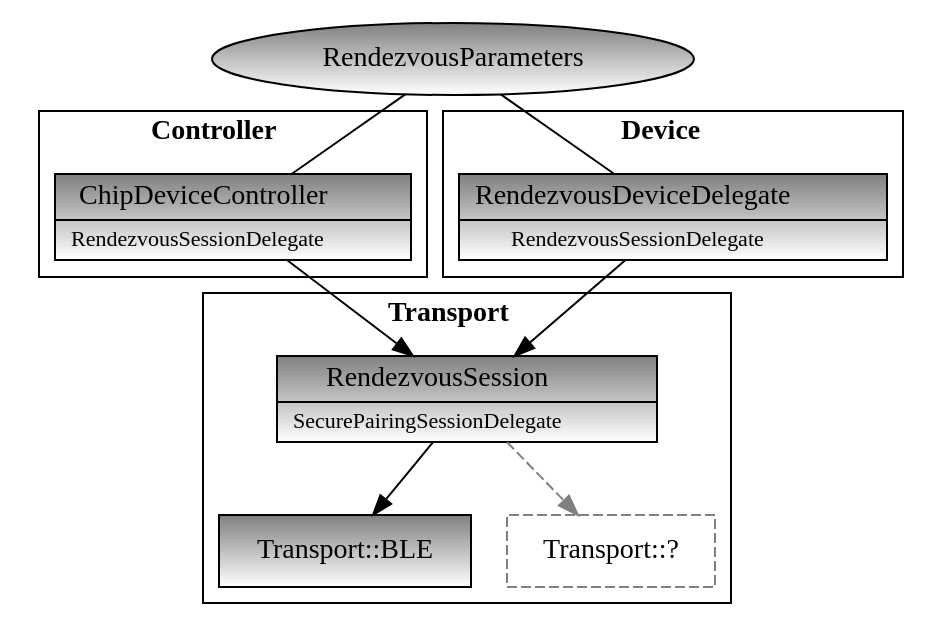
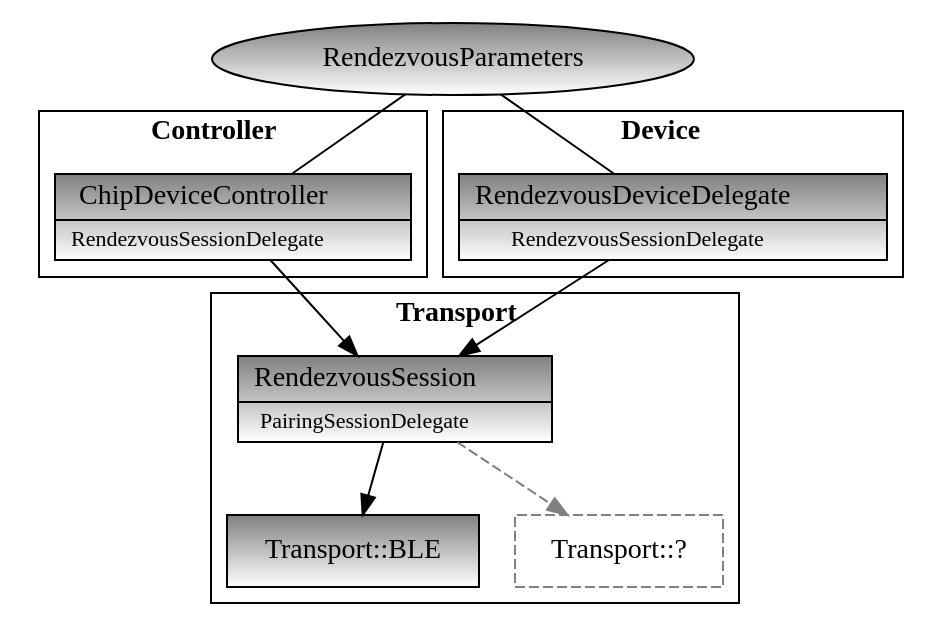
The diagram in docs/dots/Rendezvous/RendezvousSessionGeneral.dot (project-chip/connectedhomeip), drawn with Graphviz before and after one commit. The commit also changed 9 other files, not shown here.

```diff
--- a/docs/dots/Rendezvous/RendezvousSessionGeneral.dot
+++ b/docs/dots/Rendezvous/RendezvousSessionGeneral.dot
@@ -1,37 +1,37 @@
 digraph RendezvousSession
 {
   node [shape=box, fillcolor="white:gray", gradientangle=90, style=filled]
 
   # This section represents controller-only elements
   subgraph cluster_controller {
     label=<<b>Controller</b>>
 
     ChipDeviceController [shape=record label=<{ChipDeviceController|<font point-size="11">RendezvousSessionDelegate</font>}>, URL="@ref chip::DeviceController::ChipDeviceController"]
   }
 
   # This section represents device-only elements
   subgraph cluster_device {
     label=<<b>Device</b>>
 
     RendezvousDeviceDelegate [shape=record label=<{RendezvousDeviceDelegate|<font point-size="11">RendezvousSessionDelegate</font>}> URL="@ref chip::RendezvousSessionDelegate"]
   }
 
   # This section represents elements which belongs to src/transport/
   subgraph cluster_transport {
     label=<<b>Transport</b>>
 
-    RendezvousSession [shape=record, label=<{RendezvousSession|<font point-size="11">SecurePairingSessionDelegate</font>}>, URL="@ref chip::SecurePairingSessionDelegate"]
+    RendezvousSession [shape=record, label=<{RendezvousSession|<font point-size="11">PairingSessionDelegate</font>}>, URL="@ref chip::PairingSessionDelegate"]
     TransportBle [label="Transport::BLE", URL="@ref chip::Transport::BLE"]
     TransportInet [label="Transport::?", style=dashed, color=gray]
   }
 
   #############################
   # Main relationships
   #############################
   RendezvousParameters [shape=ellipse, URL="@ref chip::RendezvousParameters"]
   RendezvousParameters -> { ChipDeviceController, RendezvousDeviceDelegate} [arrowhead=none]
 
   {ChipDeviceController, RendezvousDeviceDelegate} -> RendezvousSession
   RendezvousSession -> TransportBle
   RendezvousSession -> TransportInet [style=dashed, color=gray]
 }
```
